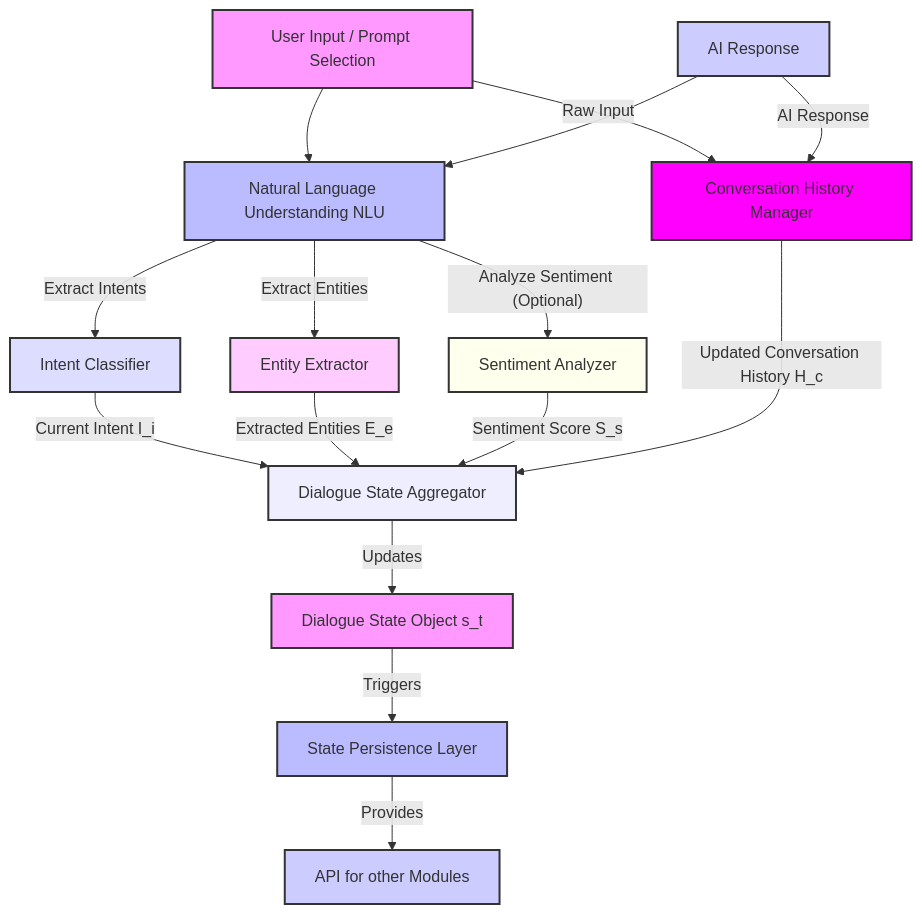
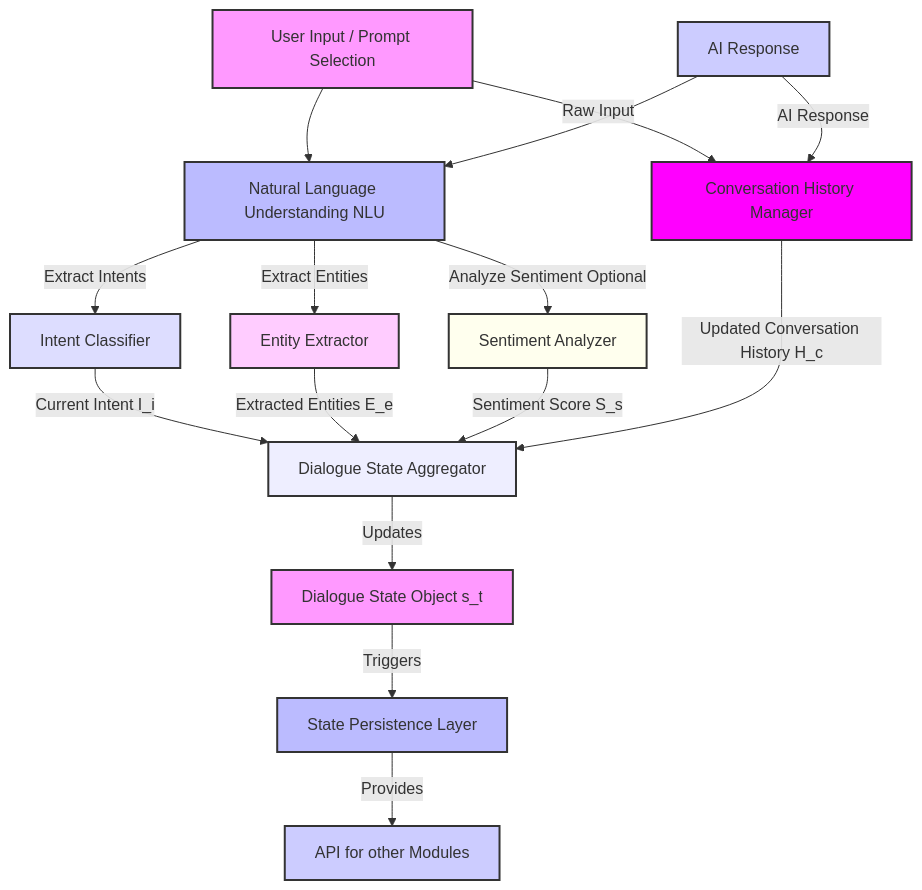
Before and after one commit to diplomat-bit/Citibank_Demo_Business_Inc_Demonstration-: the second of 12 diagrams in inventions/002_ai_contextual_prompt_suggestion/004_proactive_multiturn_dialogue.md, drawn with Mermaid. The commit also changed other lines of this file, not shown here.

````diff
--- a/inventions/002_ai_contextual_prompt_suggestion/004_proactive_multiturn_dialogue.md
+++ b/inventions/002_ai_contextual_prompt_suggestion/004_proactive_multiturn_dialogue.md
@@ -159,32 +159,32 @@
 ```mermaid
 graph TD
     A[User Input / Prompt Selection] --> B[Natural Language Understanding NLU]
     C[AI Response] --> B
 
     B -- Extract Intents --> D[Intent Classifier]
     B -- Extract Entities --> E[Entity Extractor]
-    B -- Analyze Sentiment (Optional) --> F[Sentiment Analyzer]
+    B -- Analyze Sentiment Optional --> F[Sentiment Analyzer]
 
     D -- Current Intent I_i --> G[Dialogue State Aggregator]
     E -- Extracted Entities E_e --> G
     F -- Sentiment Score S_s --> G
     A -- Raw Input --> H[Conversation History Manager]
     C -- AI Response --> H
 
     H -- Updated Conversation History H_c --> G
     G -- Updates --> I[Dialogue State Object s_t]
     I -- Triggers --> J[State Persistence Layer]
     J -- Provides --> K[API for other Modules]
 
     style A fill:#f9f,stroke:#333,stroke-width:2px
     style B fill:#bbf,stroke:#333,stroke-width:2px
     style C fill:#ccf,stroke:#333,stroke-width:2px
     style D fill:#ddf,stroke:#333,stroke-width:2px
     style E fill:#fcf,stroke:#333,stroke-width:2px
     style F fill:#ffe,stroke:#333,stroke-width:2px
     style G fill:#eef,stroke:#333,stroke-width:2px
     style H fill:#f0f,stroke:#333,stroke-width:2px
     style I fill:#f9f,stroke:#333,stroke-width:2px
     style J fill:#bbf,stroke:#333,stroke-width:2px
     style K fill:#ccf,stroke:#333,stroke-width:2px
 ```
````
